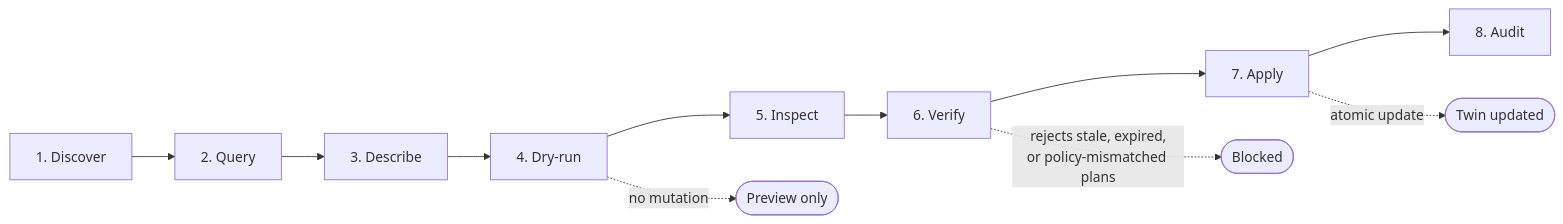
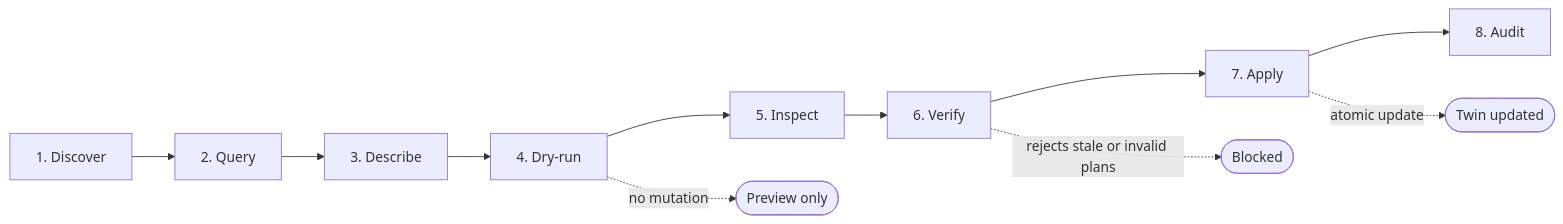
One commit to growthsystemes/ontologie-docs changed the first of 3 diagrams in README.md. Above: the diagram before and after it, drawn with Mermaid. The commit also changed other lines of this file, not shown here.

Commit message:
docs: fix mermaid diagrams — remove unsupported HTML tags

````diff
--- a/README.md
+++ b/README.md
@@ -70,14 +70,14 @@
 ```mermaid
 flowchart LR
   Discover["1. Discover"] --> Query["2. Query"]
   Query --> Describe["3. Describe"]
   Describe --> DryRun["4. Dry-run"]
   DryRun --> Inspect["5. Inspect"]
   Inspect --> Verify["6. Verify"]
   Verify --> Apply["7. Apply"]
   Apply --> Audit["8. Audit"]
 
   DryRun -. "no mutation" .-> Preview(["Preview only"])
-  Verify -. "rejects stale, expired,<br/>or policy-mismatched plans" .-> Reject(["Blocked"])
+  Verify -. "rejects stale or invalid plans" .-> Reject(["Blocked"])
   Apply -. "atomic update" .-> Twin(["Twin updated"])
 ```
````
